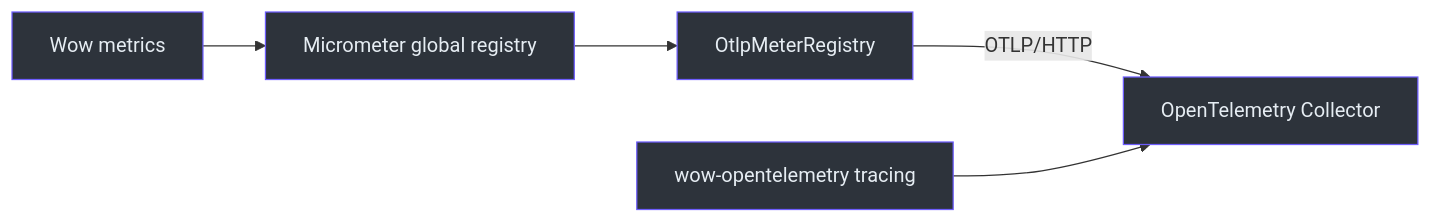
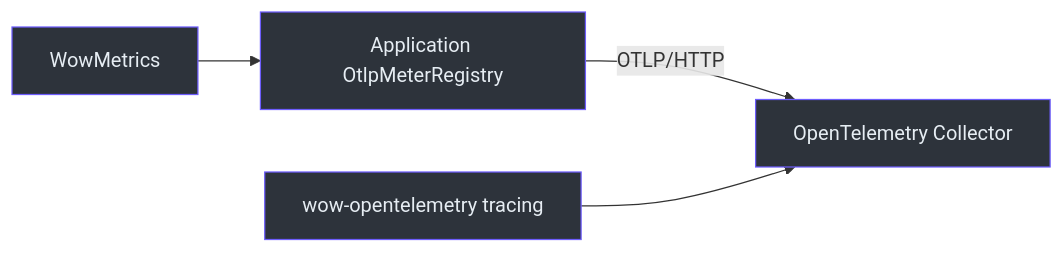
One commit to Ahoo-Wang/Wow changed the diagram in documentation/docs/en/reference/config/observability.md. Above: the diagram before and after it, drawn with Mermaid. The commit also changed other lines of this file and 102 other files, not shown here.

````diff
--- a/documentation/docs/en/reference/config/observability.md
+++ b/documentation/docs/en/reference/config/observability.md
@@ -139,10 +137,9 @@
 ```mermaid
 flowchart LR
-    Wow["Wow metrics"] --> Global["Micrometer global registry"]
-    Global --> Otlp["OtlpMeterRegistry"]
+    Wow["WowMetrics"] --> Otlp["Application OtlpMeterRegistry"]
     Otlp -->|"OTLP/HTTP"| Collector["OpenTelemetry Collector"]
     Tracing["wow-opentelemetry tracing"] --> Collector
 
     classDef telemetry fill:#2d333b,stroke:#6d5dfc,color:#e6edf3
-    class Wow,Global,Otlp,Collector,Tracing telemetry
+    class Wow,Otlp,Collector,Tracing telemetry
 ```
````
